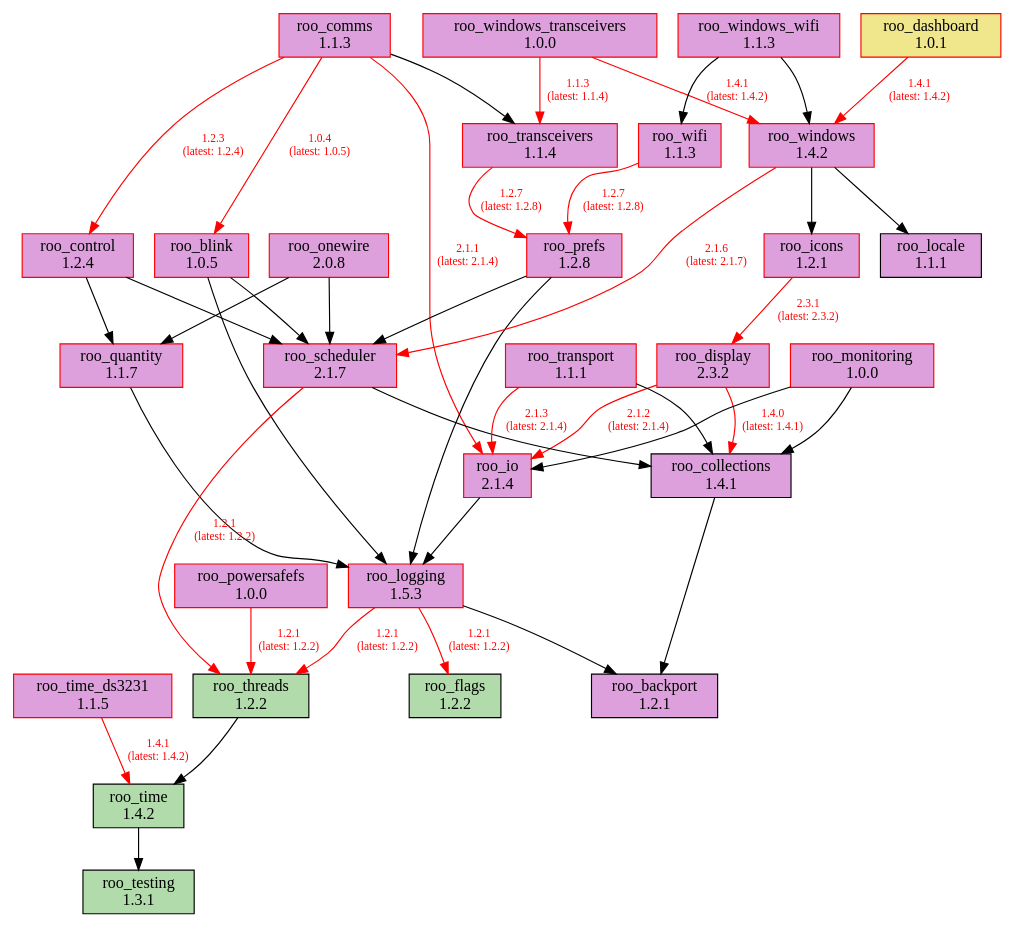
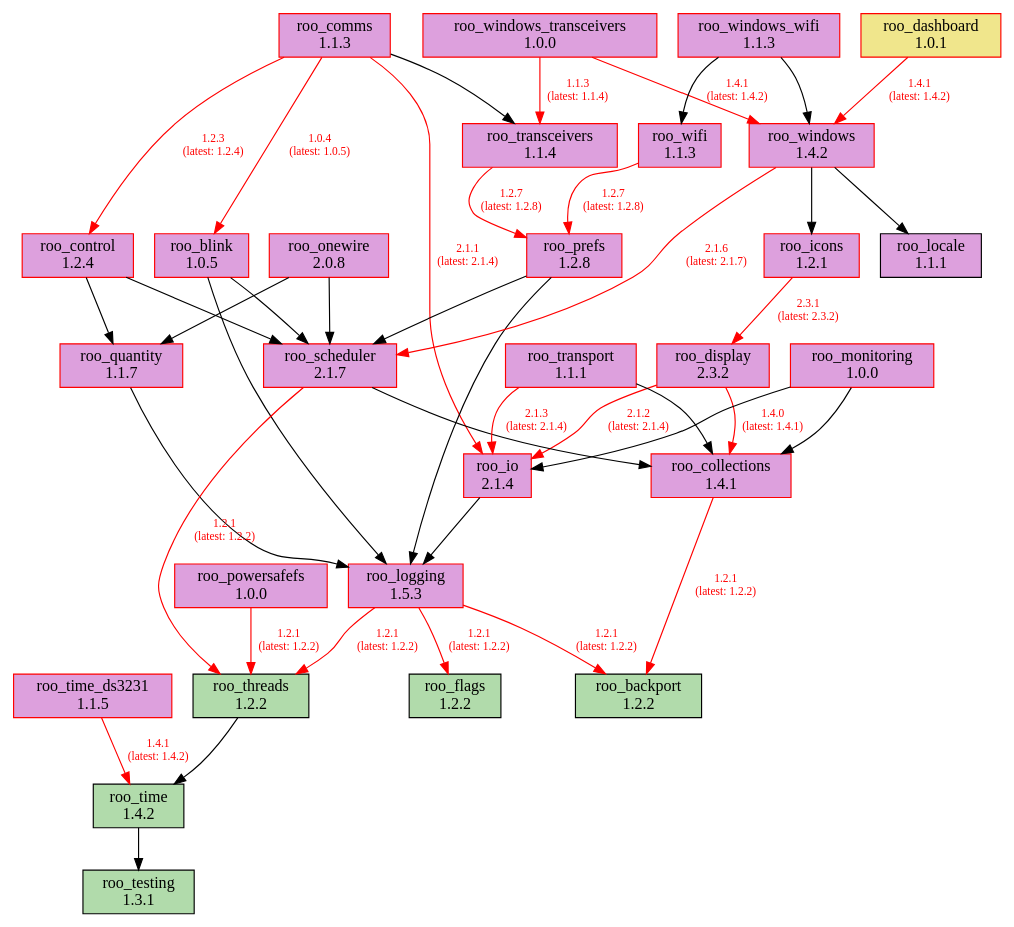
The diagram in doc/dependencies.dot (dejwk/roo-registry), drawn with Graphviz before and after one commit. The commit also changed 3 other files, not shown here.

Commit message:
Added roo_backport 1.2.2 to the registry.

```diff
--- a/doc/dependencies.dot
+++ b/doc/dependencies.dot
@@ -1,78 +1,78 @@
 digraph dependencies {
     rankdir=TB;
     node [shape=box, style=filled];
     edge [fontsize=10];
 
     // Modules
-    "roo_backport" [label="roo_backport\n1.2.1", fillcolor="plum", color="black"];
+    "roo_backport" [label="roo_backport\n1.2.2", fillcolor="#b1dbab", color="black"];
     "roo_blink" [label="roo_blink\n1.0.5", fillcolor="plum", color="red"];
-    "roo_collections" [label="roo_collections\n1.4.1", fillcolor="plum", color="black"];
+    "roo_collections" [label="roo_collections\n1.4.1", fillcolor="plum", color="red"];
     "roo_comms" [label="roo_comms\n1.1.3", fillcolor="plum", color="red"];
     "roo_control" [label="roo_control\n1.2.4", fillcolor="plum", color="red"];
     "roo_dashboard" [label="roo_dashboard\n1.0.1", fillcolor="khaki", color="red"];
     "roo_display" [label="roo_display\n2.3.2", fillcolor="plum", color="red"];
     "roo_flags" [label="roo_flags\n1.2.2", fillcolor="#b1dbab", color="black"];
     "roo_icons" [label="roo_icons\n1.2.1", fillcolor="plum", color="red"];
     "roo_io" [label="roo_io\n2.1.4", fillcolor="plum", color="red"];
     "roo_locale" [label="roo_locale\n1.1.1", fillcolor="plum", color="black"];
     "roo_logging" [label="roo_logging\n1.5.3", fillcolor="plum", color="red"];
     "roo_monitoring" [label="roo_monitoring\n1.0.0", fillcolor="plum", color="red"];
     "roo_onewire" [label="roo_onewire\n2.0.8", fillcolor="plum", color="red"];
     "roo_powersafefs" [label="roo_powersafefs\n1.0.0", fillcolor="plum", color="red"];
     "roo_prefs" [label="roo_prefs\n1.2.8", fillcolor="plum", color="red"];
     "roo_quantity" [label="roo_quantity\n1.1.7", fillcolor="plum", color="red"];
     "roo_scheduler" [label="roo_scheduler\n2.1.7", fillcolor="plum", color="red"];
     "roo_testing" [label="roo_testing\n1.3.1", fillcolor="#b1dbab", color="black"];
     "roo_threads" [label="roo_threads\n1.2.2", fillcolor="#b1dbab", color="black"];
     "roo_time" [label="roo_time\n1.4.2", fillcolor="#b1dbab", color="black"];
     "roo_time_ds3231" [label="roo_time_ds3231\n1.1.5", fillcolor="plum", color="red"];
     "roo_transceivers" [label="roo_transceivers\n1.1.4", fillcolor="plum", color="red"];
     "roo_transport" [label="roo_transport\n1.1.1", fillcolor="plum", color="red"];
     "roo_wifi" [label="roo_wifi\n1.1.3", fillcolor="plum", color="red"];
     "roo_windows" [label="roo_windows\n1.4.2", fillcolor="plum", color="red"];
     "roo_windows_transceivers" [label="roo_windows_transceivers\n1.0.0", fillcolor="plum", color="red"];
     "roo_windows_wifi" [label="roo_windows_wifi\n1.1.3", fillcolor="plum", color="red"];
 
     // Dependencies
     "roo_blink" -> "roo_logging";
     "roo_blink" -> "roo_scheduler";
-    "roo_collections" -> "roo_backport";
+    "roo_collections" -> "roo_backport" [color=red, fontcolor=red, label="1.2.1\n(latest: 1.2.2)"];
     "roo_comms" -> "roo_blink" [color=red, fontcolor=red, label="1.0.4\n(latest: 1.0.5)"];
     "roo_comms" -> "roo_control" [color=red, fontcolor=red, label="1.2.3\n(latest: 1.2.4)"];
     "roo_comms" -> "roo_io" [color=red, fontcolor=red, label="2.1.1\n(latest: 2.1.4)"];
     "roo_comms" -> "roo_transceivers";
     "roo_control" -> "roo_quantity";
     "roo_control" -> "roo_scheduler";
     "roo_dashboard" -> "roo_windows" [color=red, fontcolor=red, label="1.4.1\n(latest: 1.4.2)"];
     "roo_display" -> "roo_collections" [color=red, fontcolor=red, label="1.4.0\n(latest: 1.4.1)"];
     "roo_display" -> "roo_io" [color=red, fontcolor=red, label="2.1.2\n(latest: 2.1.4)"];
     "roo_icons" -> "roo_display" [color=red, fontcolor=red, label="2.3.1\n(latest: 2.3.2)"];
     "roo_io" -> "roo_logging";
-    "roo_logging" -> "roo_backport";
+    "roo_logging" -> "roo_backport" [color=red, fontcolor=red, label="1.2.1\n(latest: 1.2.2)"];
     "roo_logging" -> "roo_flags" [color=red, fontcolor=red, label="1.2.1\n(latest: 1.2.2)"];
     "roo_logging" -> "roo_threads" [color=red, fontcolor=red, label="1.2.1\n(latest: 1.2.2)"];
     "roo_monitoring" -> "roo_collections";
     "roo_monitoring" -> "roo_io";
     "roo_onewire" -> "roo_scheduler";
     "roo_onewire" -> "roo_quantity";
     "roo_powersafefs" -> "roo_threads" [color=red, fontcolor=red, label="1.2.1\n(latest: 1.2.2)"];
     "roo_prefs" -> "roo_logging";
     "roo_prefs" -> "roo_scheduler";
     "roo_quantity" -> "roo_logging";
     "roo_scheduler" -> "roo_collections";
     "roo_scheduler" -> "roo_threads" [color=red, fontcolor=red, label="1.2.1\n(latest: 1.2.2)"];
     "roo_threads" -> "roo_time";
     "roo_time" -> "roo_testing";
     "roo_time_ds3231" -> "roo_time" [color=red, fontcolor=red, label="1.4.1\n(latest: 1.4.2)"];
     "roo_transceivers" -> "roo_prefs" [color=red, fontcolor=red, label="1.2.7\n(latest: 1.2.8)"];
     "roo_transport" -> "roo_collections";
     "roo_transport" -> "roo_io" [color=red, fontcolor=red, label="2.1.3\n(latest: 2.1.4)"];
     "roo_wifi" -> "roo_prefs" [color=red, fontcolor=red, label="1.2.7\n(latest: 1.2.8)"];
     "roo_windows" -> "roo_locale";
     "roo_windows" -> "roo_icons";
     "roo_windows" -> "roo_scheduler" [color=red, fontcolor=red, label="2.1.6\n(latest: 2.1.7)"];
     "roo_windows_transceivers" -> "roo_transceivers" [color=red, fontcolor=red, label="1.1.3\n(latest: 1.1.4)"];
     "roo_windows_transceivers" -> "roo_windows" [color=red, fontcolor=red, label="1.4.1\n(latest: 1.4.2)"];
     "roo_windows_wifi" -> "roo_wifi";
     "roo_windows_wifi" -> "roo_windows";
 }
```
